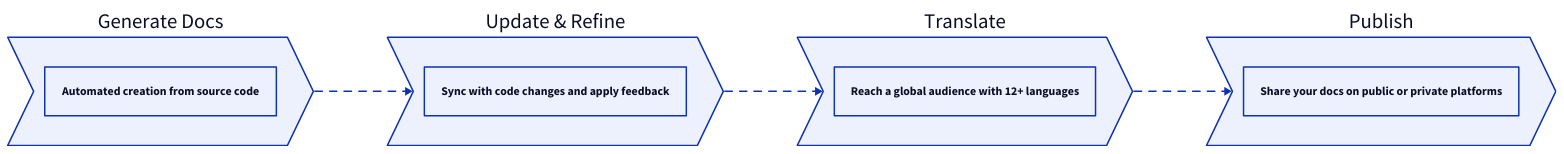
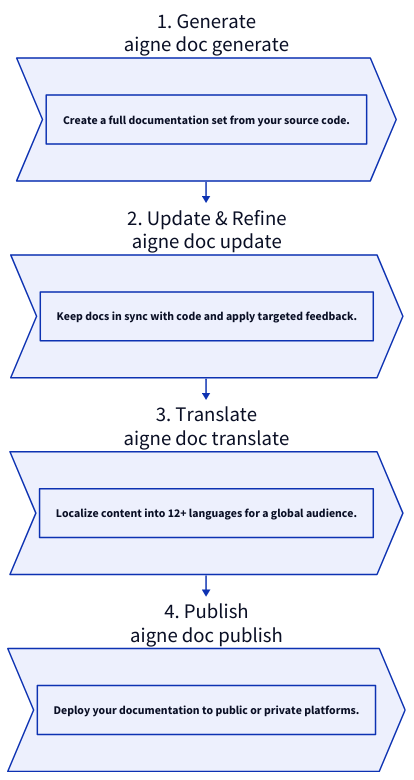
Before and after one commit to AIGNE-io/aigne-doc-smith: the diagram in docs/features.md, drawn with D2. The commit also changed 35 other files, not shown here.

````diff
--- a/docs/features.md
+++ b/docs/features.md
@@ -11,27 +11,29 @@
 ```d2
-direction: right
+direction: down
 
-"Generate Docs": {
+Generate: {
+  label: "1. Generate\naigne doc generate"
   shape: step
-  description: "Automated creation from source code"
+  description: "Create a full documentation set from your source code."
 }
 
-"Update & Refine": {
+Refine: {
+  label: "2. Update & Refine\naigne doc update"
   shape: step
-  description: "Sync with code changes and apply feedback"
+  description: "Keep docs in sync with code and apply targeted feedback."
 }
 
-"Translate": {
+Translate: {
+  label: "3. Translate\naigne doc translate"
   shape: step
-  description: "Reach a global audience with 12+ languages"
+  description: "Localize content into 12+ languages for a global audience."
 }
 
-"Publish": {
+Publish: {
+  label: "4. Publish\naigne doc publish"
   shape: step
-  description: "Share your docs on public or private platforms"
+  description: "Deploy your documentation to public or private platforms."
 }
 
-"Generate Docs" -> "Update & Refine" -> "Translate" -> "Publish" {
-  style.animated: true
-}
+Generate -> Refine -> Translate -> Publish
 ```
````
